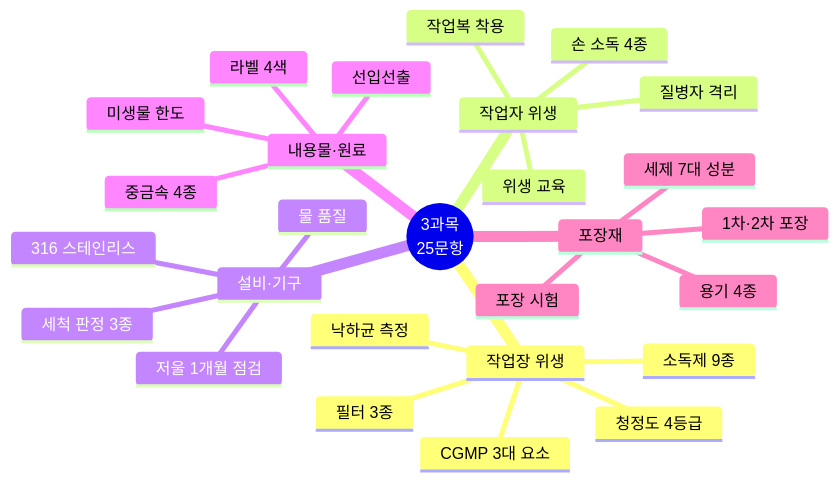
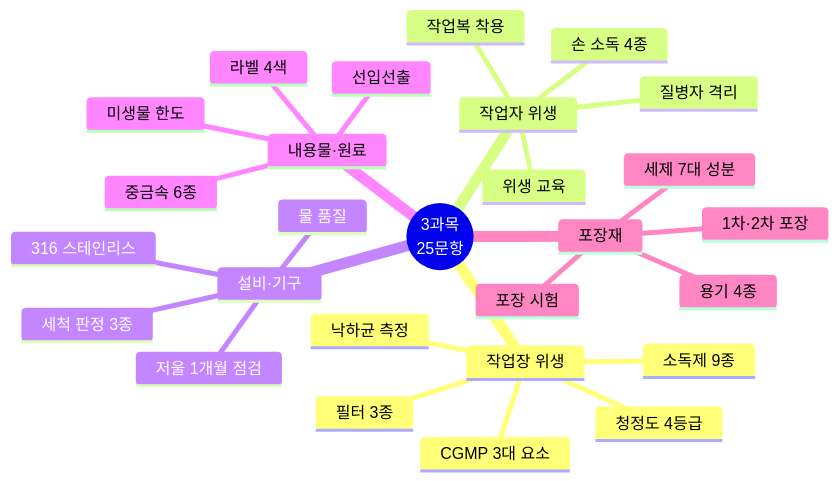
One commit to skygoldlee-cyber/Personalized_Skincare changed the first of 3 diagrams in content/참조자료/과목3/핵심정리_25문항.md. Above: the diagram before and after it, drawn with Mermaid. The commit also changed other lines of this file and 10 other files, not shown here.

````diff
--- a/content/참조자료/과목3/핵심정리_25문항.md
+++ b/content/참조자료/과목3/핵심정리_25문항.md
@@ -10,30 +10,30 @@
 ```mermaid
 mindmap
   root((3과목<br/>25문항))
     작업장 위생
       CGMP 3대 요소
       청정도 4등급
       필터 3종
       소독제 9종
       낙하균 측정
     작업자 위생
       손 소독 4종
       작업복 착용
       질병자 격리
       위생 교육
     설비·기구
       저울 1개월 점검
       세척 판정 3종
       316 스테인리스
       물 품질
     내용물·원료
       라벨 4색
-      중금속 4종
+      중금속 6종
       미생물 한도
       선입선출
     포장재
       1차·2차 포장
       용기 4종
       포장 시험
       세제 7대 성분
 ```
````
